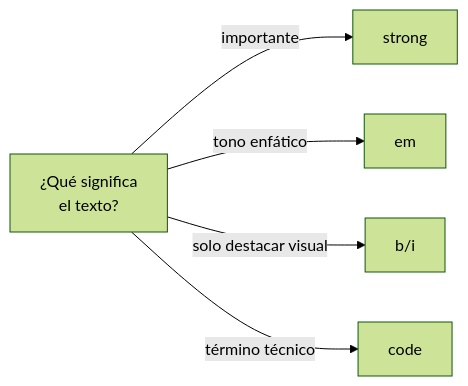
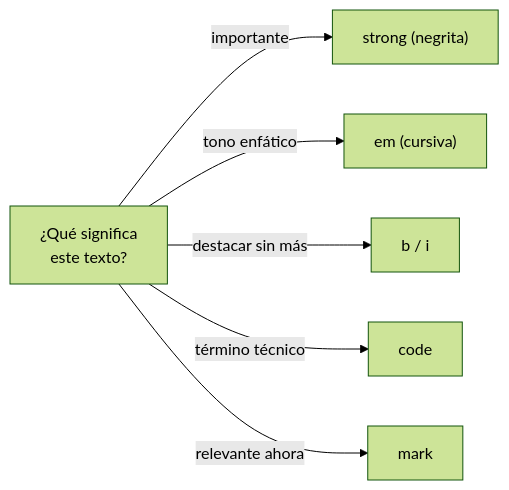
One commit to Pineapple-Mikael-Engineer/Frontend_Obsidian changed the diagram in HTML/03 Texto y Contenido/index.md. Above: the diagram before and after it, drawn with Mermaid (forest theme). The commit also changed other lines of this file and 12 other files, not shown here.

````diff
--- a/HTML/03 Texto y Contenido/index.md
+++ b/HTML/03 Texto y Contenido/index.md
@@ -41,7 +31,8 @@
 ```mermaid
 graph LR
-  A["¿Qué significa<br/>el texto?"] -->|importante| S[strong]
-  A -->|tono enfático| E[em]
-  A -->|solo destacar visual| B[b/i]
-  A -->|término técnico| C[code]
+  A["¿Qué significa<br/>este texto?"] -->|importante| S["strong (negrita)"]
+  A -->|tono enfático| E["em (cursiva)"]
+  A -->|destacar sin más| B["b / i"]
+  A -->|término técnico| C["code"]
+  A -->|relevante ahora| M["mark"]
 ```
````
